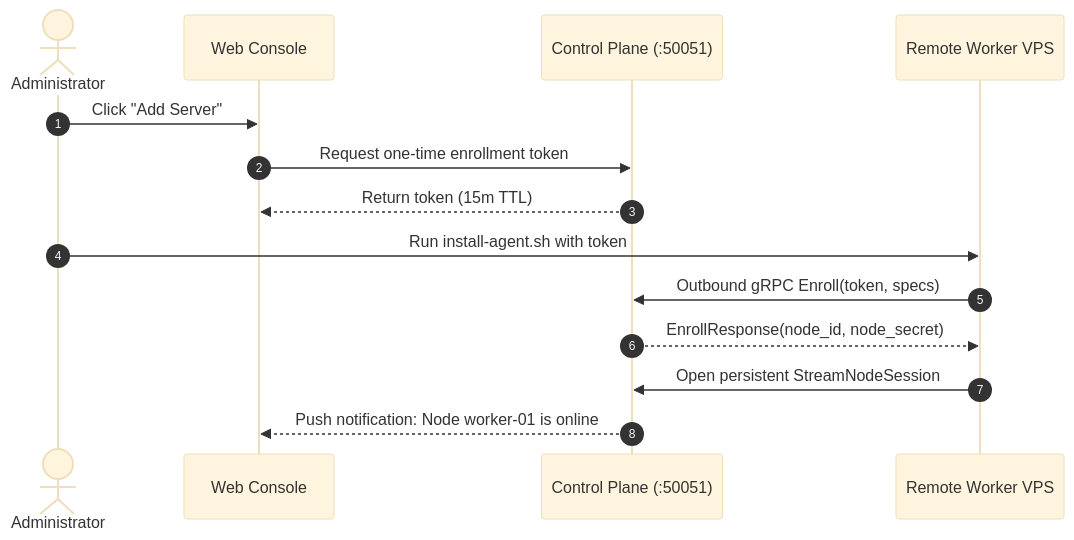
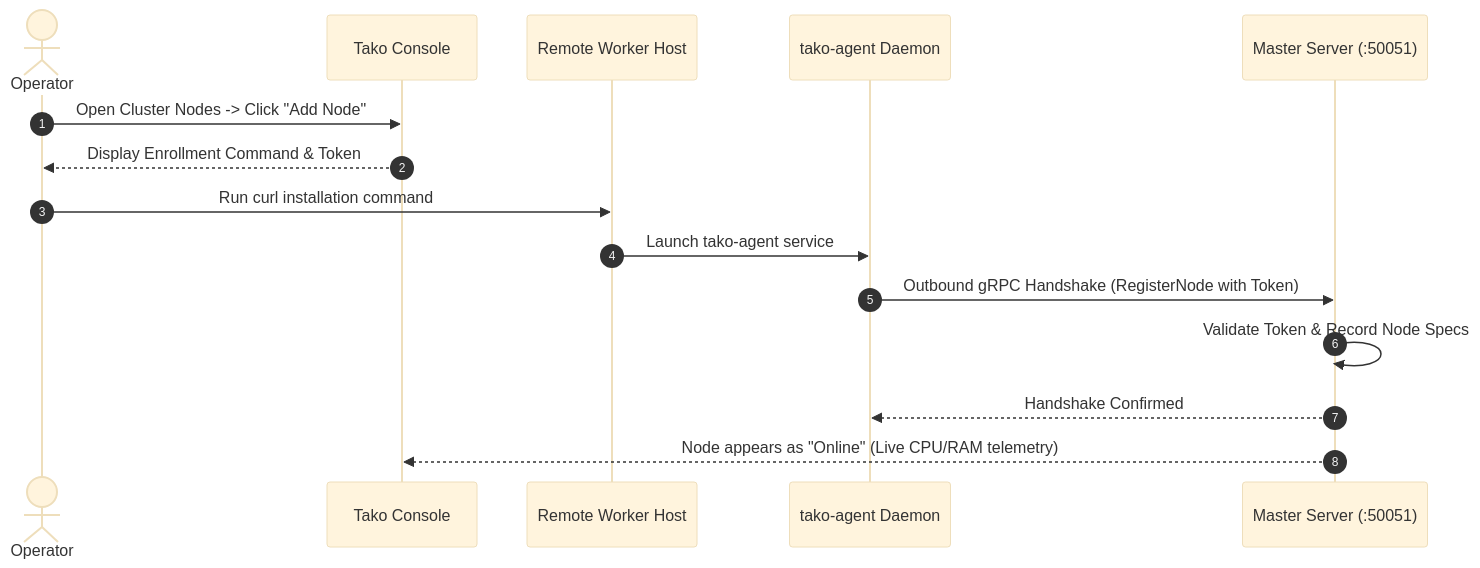
The diagram in docs/guides/adding-a-server.mdx (gettako/tako), drawn with Mermaid (base theme) before and after one commit. The commit also changed other lines of this file and 34 other files, not shown here.

Commit message:
refactor: restructure and expand documentation with new guides, references, and architecture guides

````diff
--- a/docs/guides/adding-a-server.mdx
+++ b/docs/guides/adding-a-server.mdx
@@ -18,17 +16,18 @@
 ```mermaid
 sequenceDiagram
     autonumber
-    actor Admin as Administrator
-    participant Console as Web Console
-    participant Server as Control Plane (:50051)
-    participant Worker as Remote Worker VPS
+    actor Admin as Operator
+    participant Console as Tako Console
+    participant Worker as Remote Worker Host
+    participant Agent as tako-agent Daemon
+    participant Master as Master Server (:50051)
 
-    Admin->>Console: Click "Add Server"
-    Console->>Server: Request one-time enrollment token
-    Server-->>Console: Return token (15m TTL)
-    Admin->>Worker: Run install-agent.sh with token
-    Worker->>Server: Outbound gRPC Enroll(token, specs)
-    Server-->>Worker: EnrollResponse(node_id, node_secret)
-    Worker->>Server: Open persistent StreamNodeSession
-    Server-->>Console: Push notification: Node worker-01 is online
+    Admin->>Console: Open Cluster Nodes -> Click "Add Node"
+    Console-->>Admin: Display Enrollment Command & Token
+    Admin->>Worker: Run curl installation command
+    Worker->>Agent: Launch tako-agent service
+    Agent->>Master: Outbound gRPC Handshake (RegisterNode with Token)
+    Master->>Master: Validate Token & Record Node Specs
+    Master-->>Agent: Handshake Confirmed
+    Master-->>Console: Node appears as "Online" (Live CPU/RAM telemetry)
 ```
````
